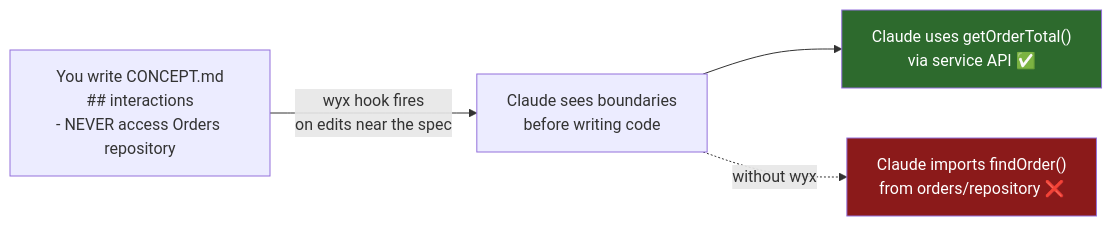
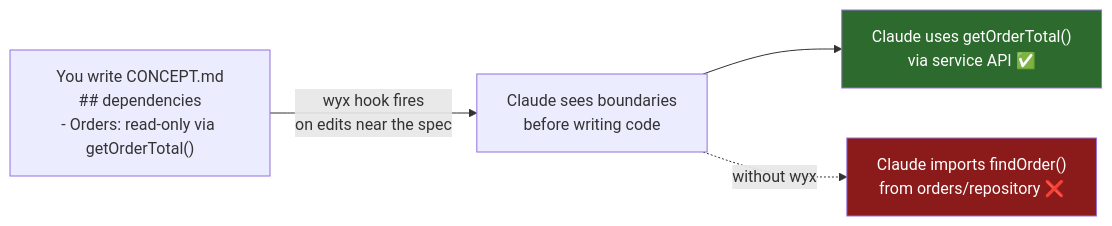
Before and after one commit to jlifyio/wyx: the diagram in README.md, drawn with Mermaid. The commit also changed other lines of this file and 1 other file, not shown here.

First line of the commit message:
docs: calm README examples and compare against native CLAUDE.md loading

````diff
--- a/README.md
+++ b/README.md
@@ -7,9 +7,9 @@
 ```mermaid
 graph LR
-    A["You write CONCEPT.md<br/>## interactions<br/>- NEVER access Orders repository"] -->|"wyx hook fires<br/>on edits near the spec"| B["Claude sees boundaries<br/>before writing code"]
+    A["You write CONCEPT.md<br/>## dependencies<br/>- Orders: read-only via getOrderTotal()"] -->|"wyx hook fires<br/>on edits near the spec"| B["Claude sees boundaries<br/>before writing code"]
     B --> C["Claude uses getOrderTotal()<br/>via service API ✅"]
     B -.->|"without wyx"| D["Claude imports findOrder()<br/>from orders/repository ❌"]
 
     style C fill:#2d6a2d,color:#fff
     style D fill:#8b1a1a,color:#fff
 ```
````
